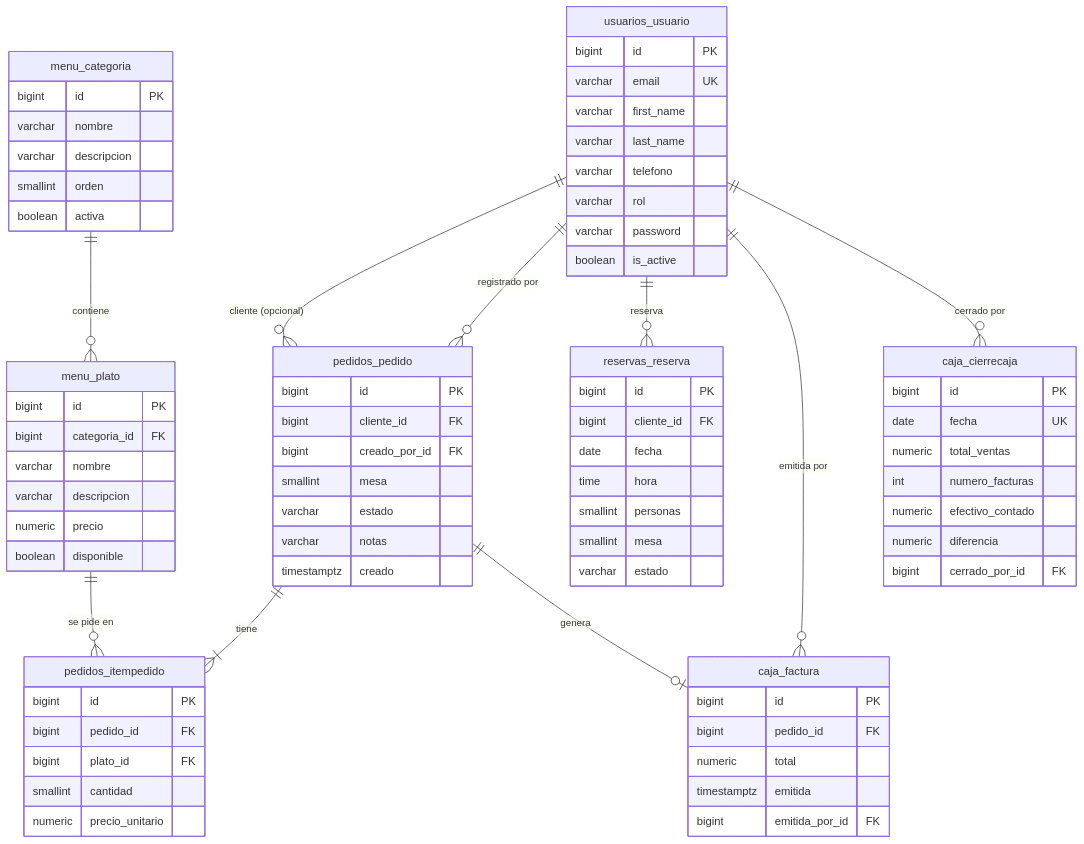
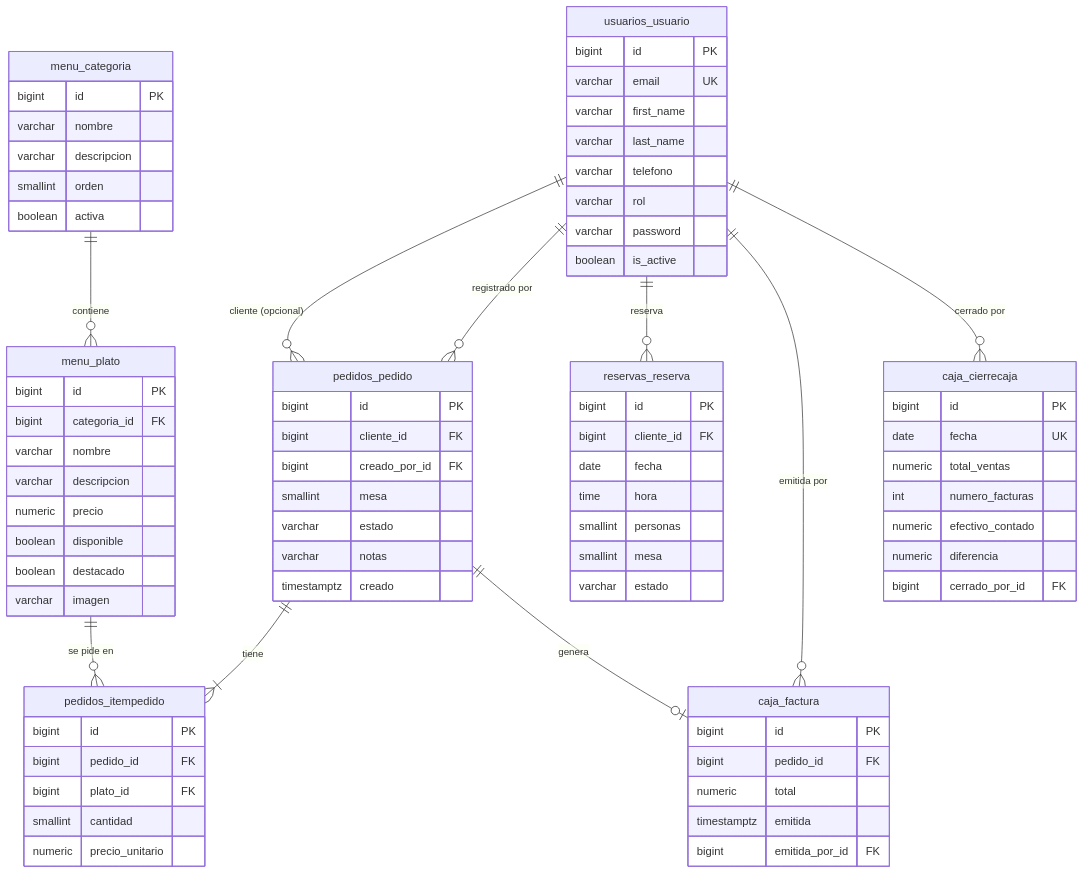
The diagram in docs/base-de-datos.md (JhonnatanHHM/Sistema-Integral-de-Gestion-de-Restaurante-SIGR-), drawn with Mermaid before and after one commit. The commit also changed other lines of this file and 5 other files, not shown here.

````diff
--- a/docs/base-de-datos.md
+++ b/docs/base-de-datos.md
@@ -8,79 +8,81 @@
 ```mermaid
 erDiagram
     usuarios_usuario ||--o{ pedidos_pedido : "cliente (opcional)"
     usuarios_usuario ||--o{ pedidos_pedido : "registrado por"
     usuarios_usuario ||--o{ reservas_reserva : "reserva"
     usuarios_usuario ||--o{ caja_factura : "emitida por"
     usuarios_usuario ||--o{ caja_cierrecaja : "cerrado por"
     menu_categoria ||--o{ menu_plato : "contiene"
     menu_plato ||--o{ pedidos_itempedido : "se pide en"
     pedidos_pedido ||--|{ pedidos_itempedido : "tiene"
     pedidos_pedido ||--o| caja_factura : "genera"
 
     usuarios_usuario {
         bigint id PK
         varchar email UK
         varchar first_name
         varchar last_name
         varchar telefono
         varchar rol
         varchar password
         boolean is_active
     }
     menu_categoria {
         bigint id PK
         varchar nombre
         varchar descripcion
         smallint orden
         boolean activa
     }
     menu_plato {
         bigint id PK
         bigint categoria_id FK
         varchar nombre
         varchar descripcion
         numeric precio
         boolean disponible
+        boolean destacado
+        varchar imagen
     }
     pedidos_pedido {
         bigint id PK
         bigint cliente_id FK
         bigint creado_por_id FK
         smallint mesa
         varchar estado
         varchar notas
         timestamptz creado
     }
     pedidos_itempedido {
         bigint id PK
         bigint pedido_id FK
         bigint plato_id FK
         smallint cantidad
         numeric precio_unitario
     }
     reservas_reserva {
         bigint id PK
         bigint cliente_id FK
         date fecha
         time hora
         smallint personas
         smallint mesa
         varchar estado
     }
     caja_factura {
         bigint id PK
         bigint pedido_id FK
         numeric total
         timestamptz emitida
         bigint emitida_por_id FK
     }
     caja_cierrecaja {
         bigint id PK
         date fecha UK
         numeric total_ventas
         int numero_facturas
         numeric efectivo_contado
         numeric diferencia
         bigint cerrado_por_id FK
     }
 ```
````
